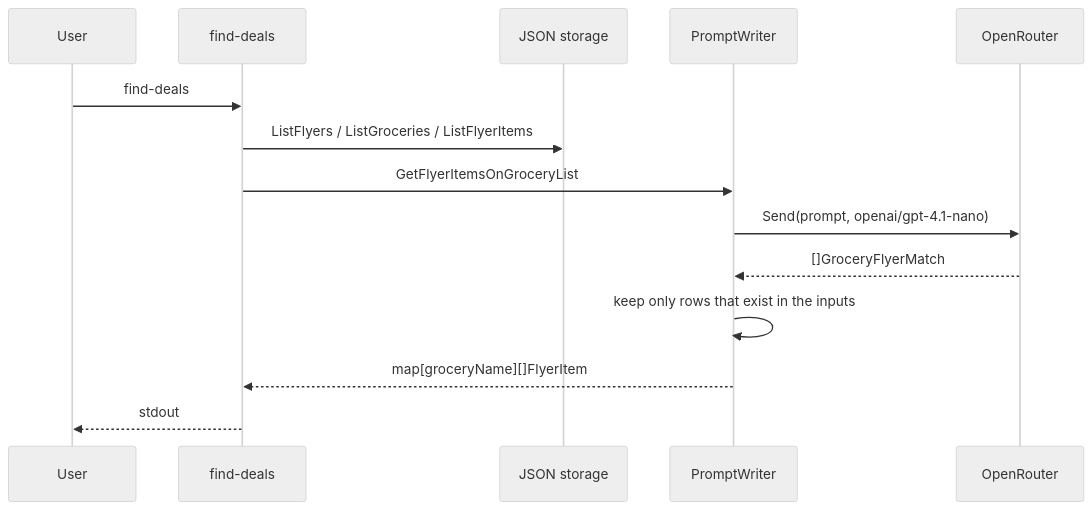
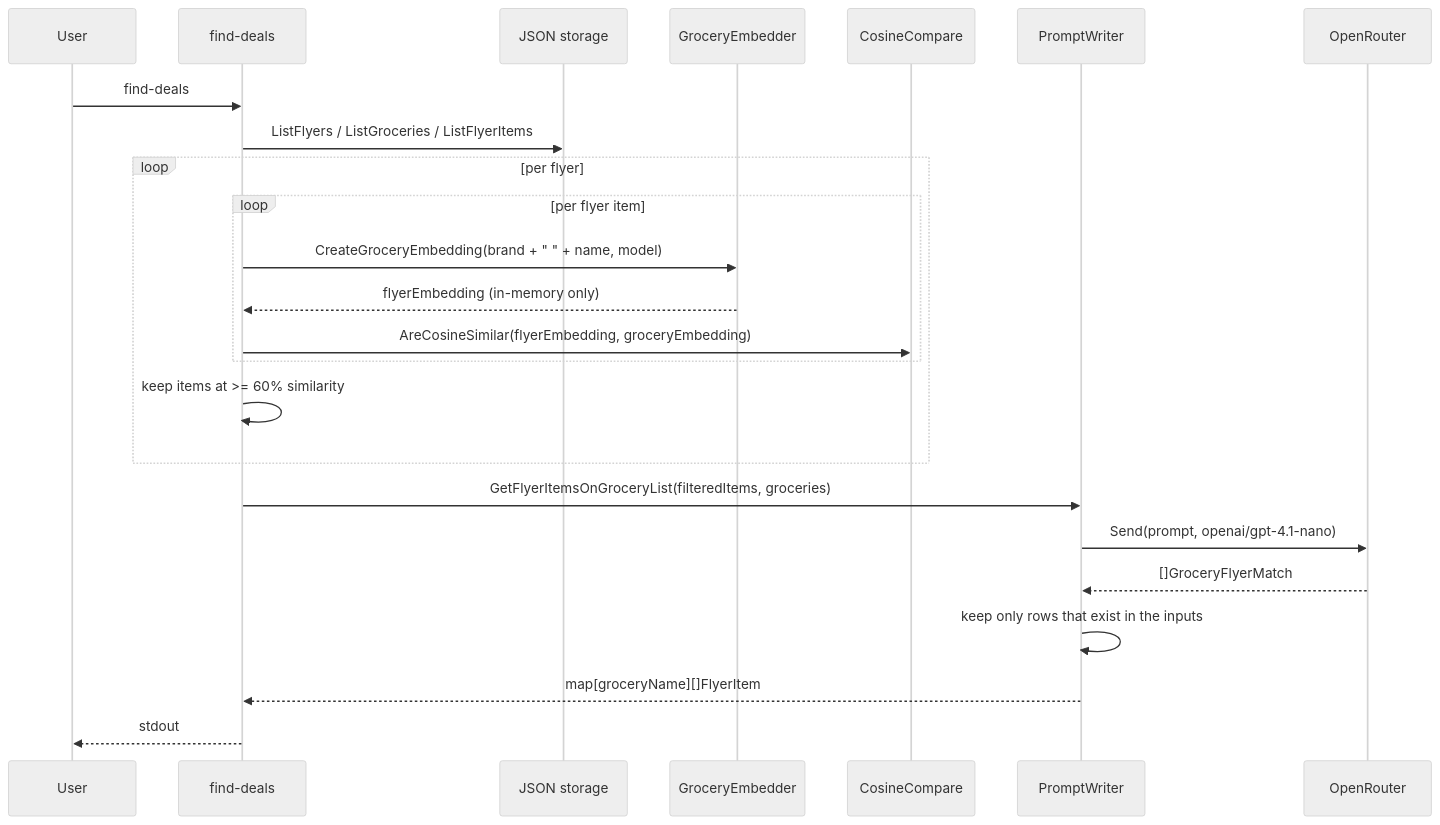
The second of 2 diagrams in docs/ARCHITECTURE.md (bensoer/stfg), drawn with Mermaid (neutral theme) before and after one commit. The commit also changed other lines of this file and 3 other files, not shown here.

````diff
--- a/docs/ARCHITECTURE.md
+++ b/docs/ARCHITECTURE.md
@@ -76,16 +80,26 @@
 ```mermaid
 sequenceDiagram
     participant User
     participant Find as find-deals
     participant Store as JSON storage
+    participant Embed as GroceryEmbedder
+    participant Compare as CosineCompare
     participant Writer as PromptWriter
     participant LLM as OpenRouter
     User->>Find: find-deals
     Find->>Store: ListFlyers / ListGroceries / ListFlyerItems
-    Find->>Writer: GetFlyerItemsOnGroceryList
+    loop per flyer
+        loop per flyer item
+            Find->>Embed: CreateGroceryEmbedding(brand + " " + name, model)
+            Embed-->>Find: flyerEmbedding (in-memory only)
+            Find->>Compare: AreCosineSimilar(flyerEmbedding, groceryEmbedding)
+        end
+        Find->>Find: keep items at >= 60% similarity
+    end
+    Find->>Writer: GetFlyerItemsOnGroceryList(filteredItems, groceries)
     Writer->>LLM: Send(prompt, openai/gpt-4.1-nano)
     LLM-->>Writer: []GroceryFlyerMatch
     Writer->>Writer: keep only rows that exist in the inputs
     Writer-->>Find: map[groceryName][]FlyerItem
     Find-->>User: stdout
 ```
````
